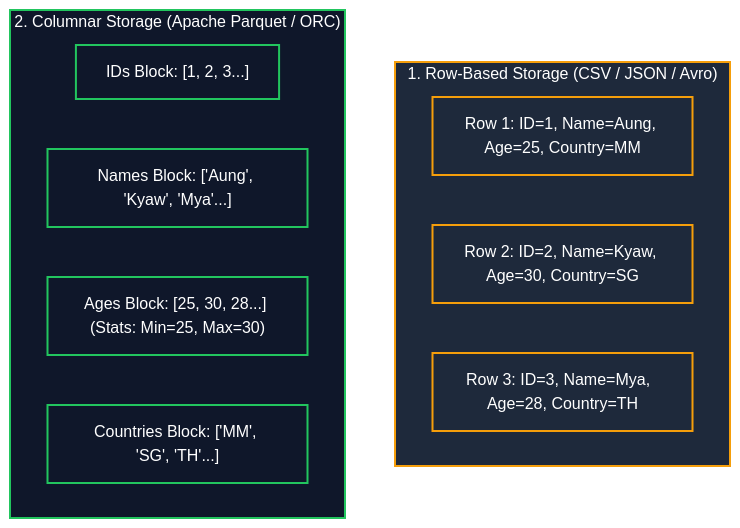
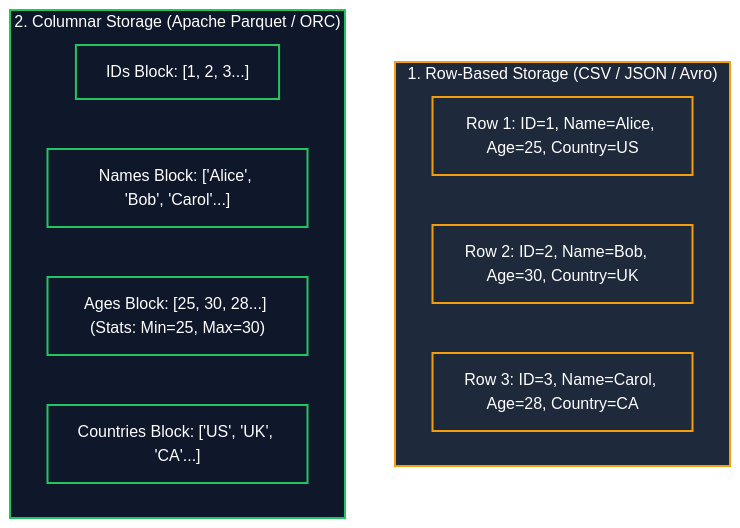
One commit to Wathon/aws-dea-c01-note changed the first of 2 diagrams in content/my/03-concepts/data-formats-and-compression.md. Above: the diagram before and after it, drawn with Mermaid. The commit also changed other lines of this file and 4 other files, not shown here.

Commit message:
fix(i18n): align Burmese notes with exact 1:1 structural, diagram, and table parity to English versions

````diff
--- a/content/my/03-concepts/data-formats-and-compression.md
+++ b/content/my/03-concepts/data-formats-and-compression.md
@@ -26,21 +27,21 @@
 ```mermaid
 graph TD
     subgraph RowLayout["1. Row-Based Storage (CSV / JSON / Avro)"]
-        R1["Row 1: ID=1, Name=Aung, Age=25, Country=MM"]
-        R2["Row 2: ID=2, Name=Kyaw, Age=30, Country=SG"]
-        R3["Row 3: ID=3, Name=Mya,  Age=28, Country=TH"]
+        R1["Row 1: ID=1, Name=Alice, Age=25, Country=US"]
+        R2["Row 2: ID=2, Name=Bob,   Age=30, Country=UK"]
+        R3["Row 3: ID=3, Name=Carol, Age=28, Country=CA"]
     end
 
     subgraph ColumnarLayout["2. Columnar Storage (Apache Parquet / ORC)"]
         C1["IDs Block: [1, 2, 3...]"]
-        C2["Names Block: ['Aung', 'Kyaw', 'Mya'...]"]
+        C2["Names Block: ['Alice', 'Bob', 'Carol'...]"]
         C3["Ages Block: [25, 30, 28...] (Stats: Min=25, Max=30)"]
-        C4["Countries Block: ['MM', 'SG', 'TH'...]"]
+        C4["Countries Block: ['US', 'UK', 'CA'...]"]
     end
 
     classDef r fill:#1e293b,stroke:#f59e0b,stroke-width:2px,color:#fff;
     classDef c fill:#0f172a,stroke:#22c55e,stroke-width:2px,color:#fff;
 
     class RowLayout,R1,R2,R3 r;
     class ColumnarLayout,C1,C2,C3,C4 c;
 ```
````
